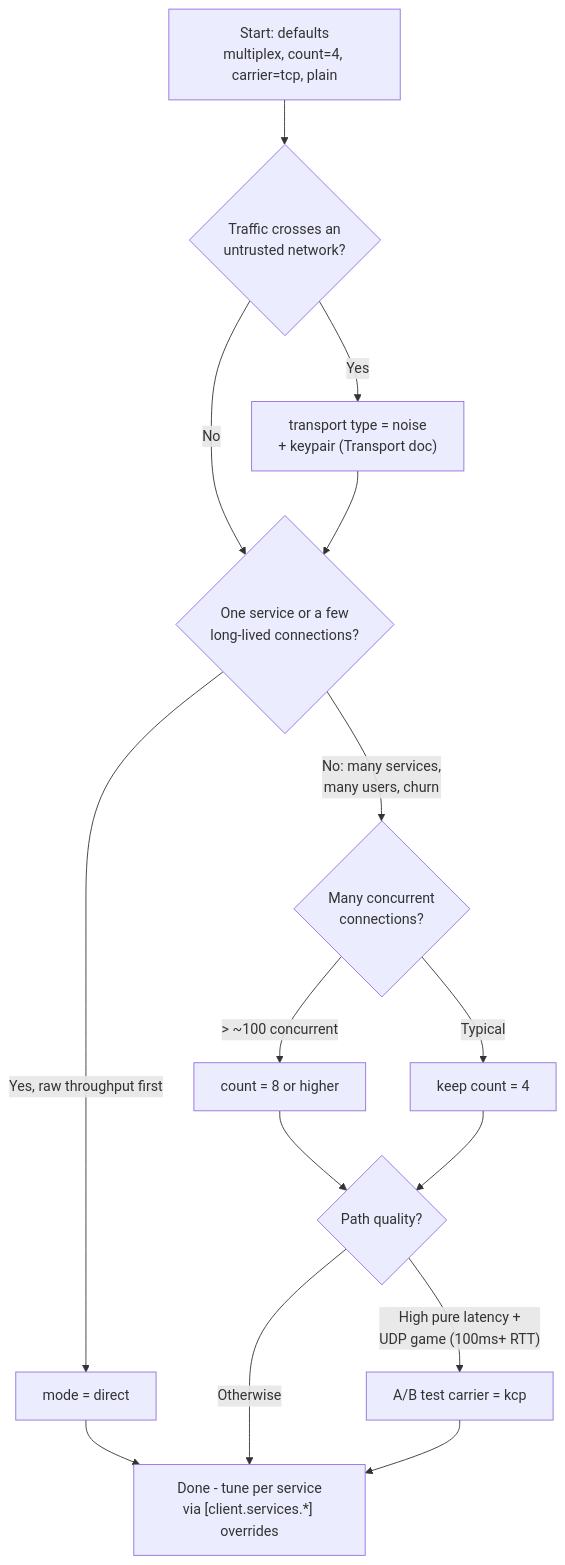
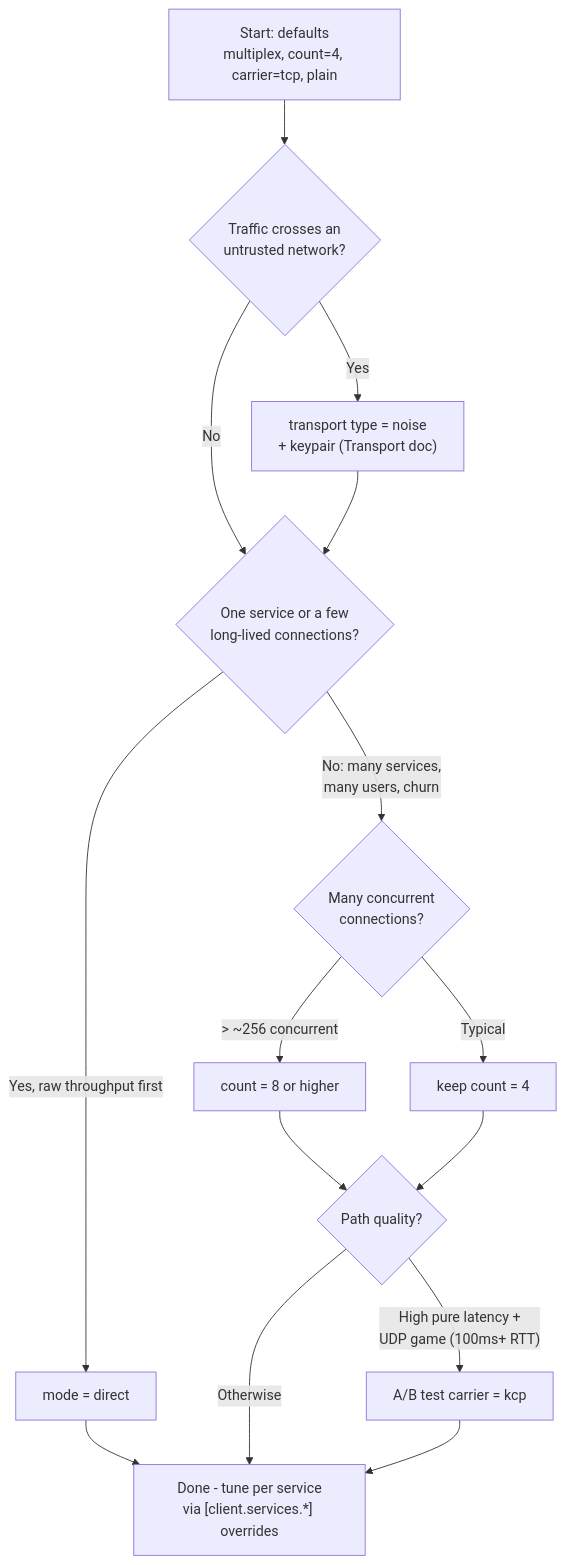
Before and after one commit to NIyueeE/molehill: the diagram in docs/configuration.md, drawn with Mermaid. The commit also changed other lines of this file and 10 other files, not shown here.

````diff
--- a/docs/configuration.md
+++ b/docs/configuration.md
@@ -84,17 +91,17 @@
 ```mermaid
 flowchart TD
     A["Start: defaults<br/>multiplex, count=4, carrier=tcp, plain"] --> B{"Traffic crosses an<br/>untrusted network?"}
     B -- Yes --> C["transport type = noise<br/>+ keypair (Transport doc)"]
     B -- No --> D{"One service or a few<br/>long-lived connections?"}
     C --> D
     D -- "Yes, raw throughput first" --> E["mode = direct"]
     D -- "No: many services,<br/>many users, churn" --> F{"Many concurrent<br/>connections?"}
     E --> Z["Done - tune per service<br/>via [client.services.*] overrides"]
-    F -- "> ~100 concurrent" --> G["count = 8 or higher"]
+    F -- "> ~256 concurrent" --> G["count = 8 or higher"]
     F -- Typical --> H["keep count = 4"]
     G --> I{"Path quality?"}
     H --> I
     I -- "High pure latency +<br/>UDP game (100ms+ RTT)" --> J["A/B test carrier = kcp"]
     I -- Otherwise --> Z
     J --> Z
 ```
````
